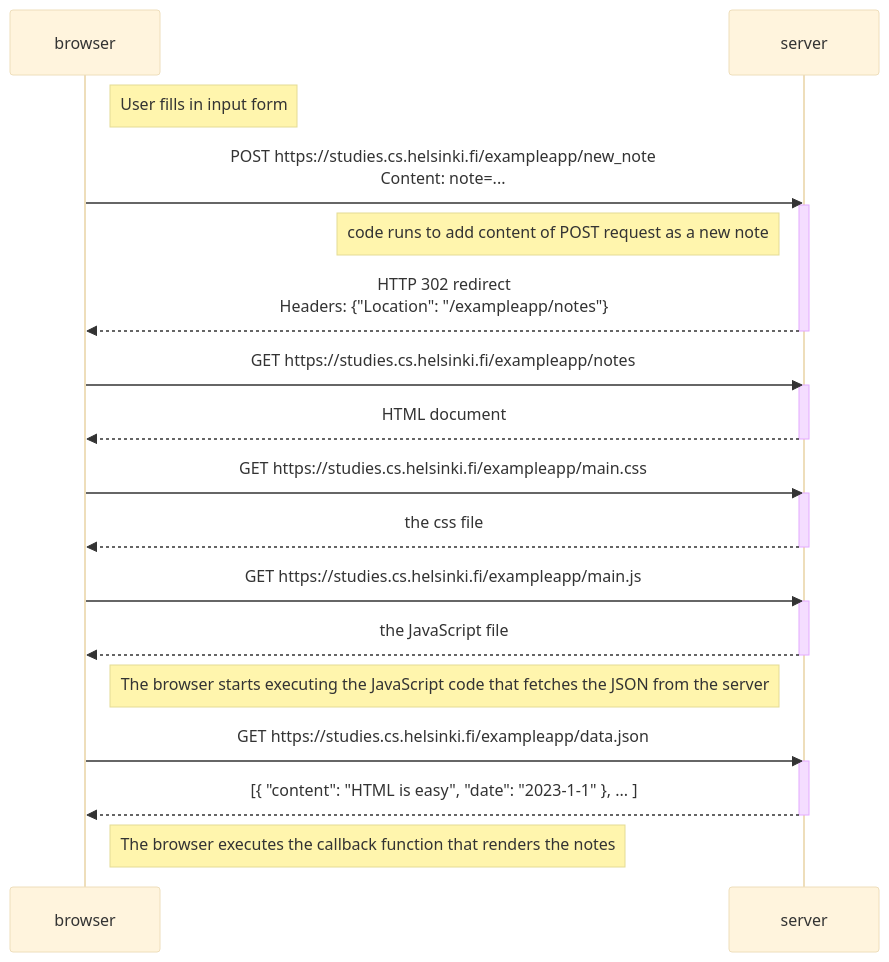
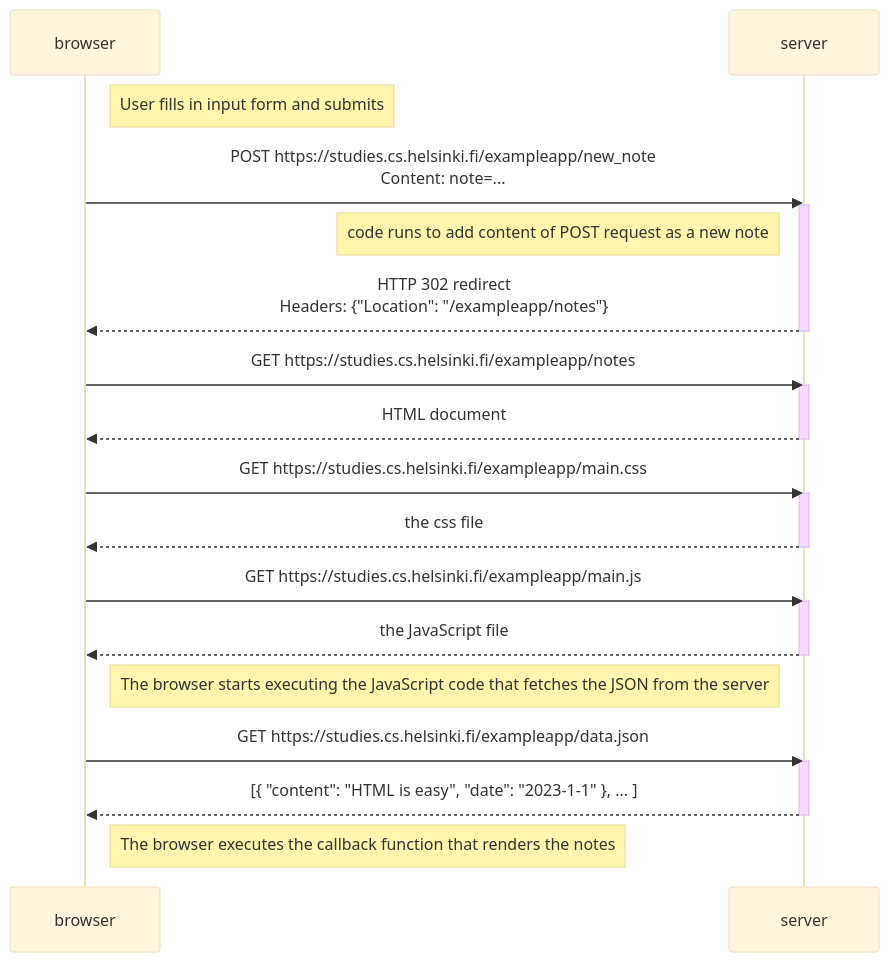
Before and after one commit to colindme/FullstackOpen: the diagram in part0/exercise0.4/diagram.md, drawn with Mermaid (base theme). The commit also changed 1 other file, not shown here.

Commit message:
Finished exercise 0.6, slight edit to 0.4

````diff
--- a/part0/exercise0.4/diagram.md
+++ b/part0/exercise0.4/diagram.md
@@ -1,39 +1,39 @@
 ```mermaid
     sequenceDiagram
         participant browser
         participant server
 
-        Note right of browser: User fills in input form
+        Note right of browser: User fills in input form and submits
 
         browser->>server: POST https://studies.cs.helsinki.fi/exampleapp/new_note<br/>Content: note=...
         activate server
 
         Note left of server: code runs to add content of POST request as a new note
 
         server-->>browser: HTTP 302 redirect<br/>Headers: {"Location": "/exampleapp/notes"}
         deactivate server
 
         browser->>server: GET https://studies.cs.helsinki.fi/exampleapp/notes
         activate server
         server-->>browser: HTML document
         deactivate server
 
         browser->>server: GET https://studies.cs.helsinki.fi/exampleapp/main.css
         activate server
         server-->>browser: the css file
         deactivate server
 
         browser->>server: GET https://studies.cs.helsinki.fi/exampleapp/main.js
         activate server
         server-->>browser: the JavaScript file
         deactivate server
 
         Note right of browser: The browser starts executing the JavaScript code that fetches the JSON from the server
 
         browser->>server: GET https://studies.cs.helsinki.fi/exampleapp/data.json
         activate server
         server-->>browser: [{ "content": "HTML is easy", "date": "2023-1-1" }, ... ]
         deactivate server
 
         Note right of browser: The browser executes the callback function that renders the notes
 ```
````
